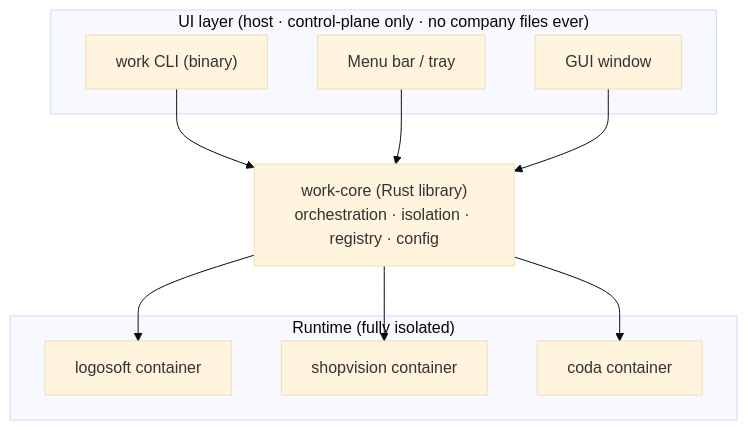
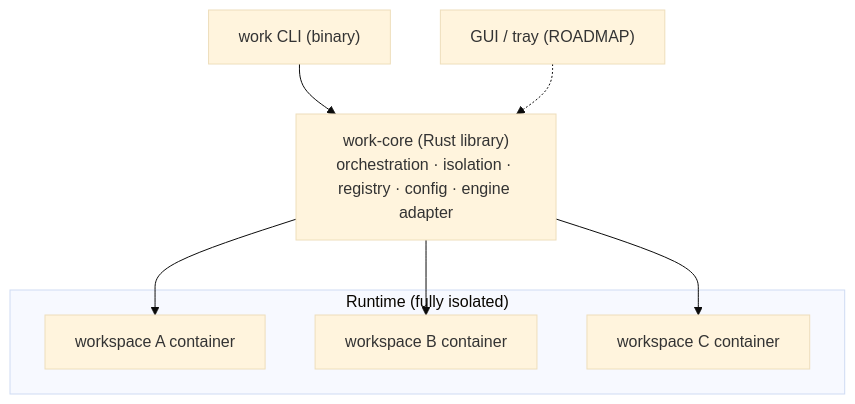
The diagram in docs/superpowers/specs/2026-07-28-work-cli-design.md (0xLucasCoelho/work-cli), drawn with Mermaid (base theme) before and after one commit. The commit also changed other lines of this file, not shown here.

Commit message:
docs: reframe spec to generic open-source CLI (engine-agnostic, CLI-first, workspace abstraction)

````diff
--- a/docs/superpowers/specs/2026-07-28-work-cli-design.md
+++ b/docs/superpowers/specs/2026-07-28-work-cli-design.md
@@ -69,18 +68,13 @@
 ```mermaid
 flowchart TB
-  subgraph UI["UI layer (host · control-plane only · no company files ever)"]
-    CLI["work CLI (binary)"]
-    TRAY["Menu bar / tray"]
-    GUI["GUI window"]
-  end
-  CORE["work-core (Rust library)<br/>orchestration · isolation · registry · config"]
+  CLI["work CLI (binary)"]
+  CORE["work-core (Rust library)<br/>orchestration · isolation · registry · config · engine adapter"]
   subgraph RUN["Runtime (fully isolated)"]
-    L[logosoft container]
-    S[shopvision container]
-    C[coda container]
+    W1[workspace A container]
+    W2[workspace B container]
+    W3[workspace C container]
   end
   CLI --> CORE
-  TRAY --> CORE
-  GUI --> CORE
-  CORE --> L & S & C
+  CORE --> W1 & W2 & W3
+  GUI["GUI / tray (ROADMAP)"] -.-> CORE
 ```
````
